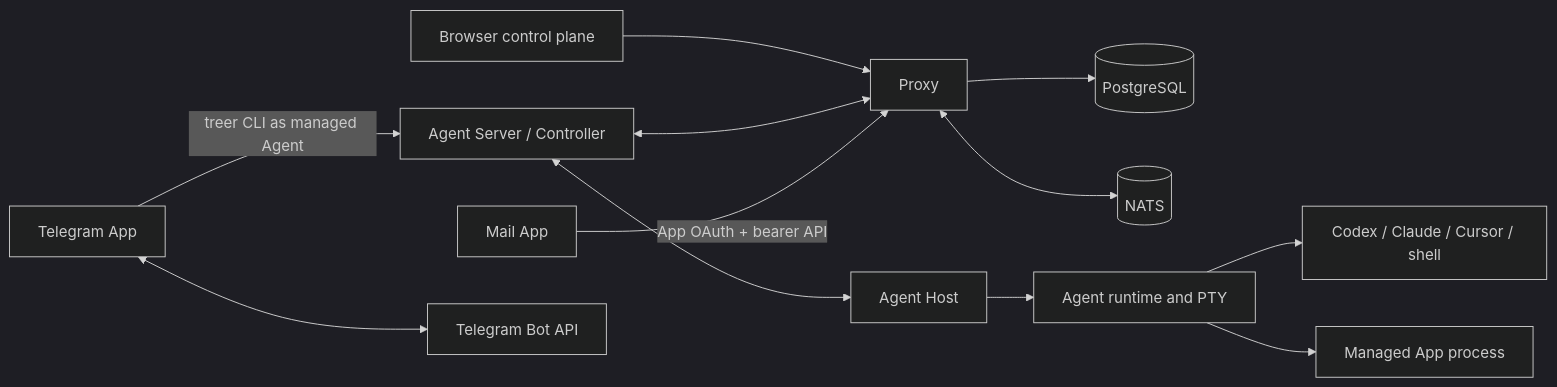
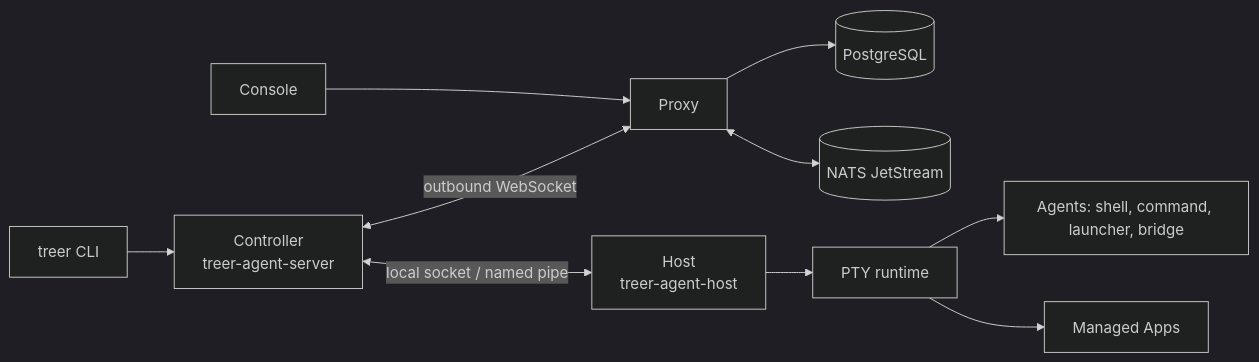
The diagram in docs/architecture.md (EvoEvolver/treer), drawn with Mermaid (dark theme) before and after one commit. The commit also changed other lines of this file, not shown here.

Commit message:
docs: rewrite architecture as components, process model and invariants

````diff
--- a/docs/architecture.md
+++ b/docs/architecture.md
@@ -5,14 +7,12 @@
 ```mermaid
 flowchart LR
-    Web[Browser control plane] --> Proxy[Proxy]
+    Web[Console] --> Proxy
     Proxy --> DB[(PostgreSQL)]
-    Proxy <--> NATS[(NATS)]
-    Controller[Agent Server / Controller] <--> Proxy
-    Controller <--> Host[Agent Host]
-    Host --> Runtime[Agent runtime and PTY]
-    Runtime --> Agent[Codex / Claude / Cursor / shell]
-    Runtime --> ManagedApp[Managed App process]
-    Mail[Mail App] -->|App OAuth + bearer API| Proxy
-    Telegram[Telegram App] -->|treer CLI as managed Agent| Controller
-    Telegram <--> TG[Telegram Bot API]
+    Proxy <--> NATS[(NATS JetStream)]
+    Controller[Controller<br/>treer-agent-server] <-->|outbound WebSocket| Proxy
+    CLI[treer CLI] --> Controller
+    Controller <-->|local socket / named pipe| Host[Host<br/>treer-agent-host]
+    Host --> Runtime[PTY runtime]
+    Runtime --> Agents[Agents: shell, command, launcher, bridge]
+    Runtime --> Apps[Managed Apps]
 ```
````
